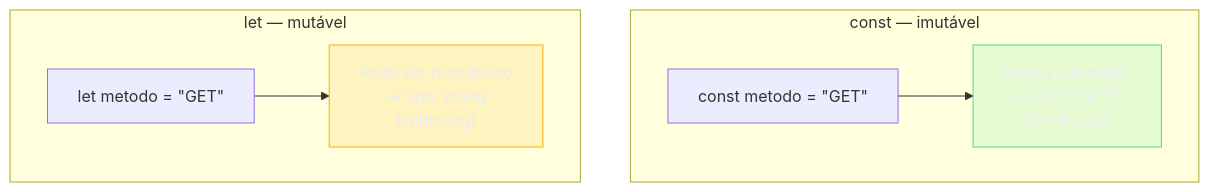
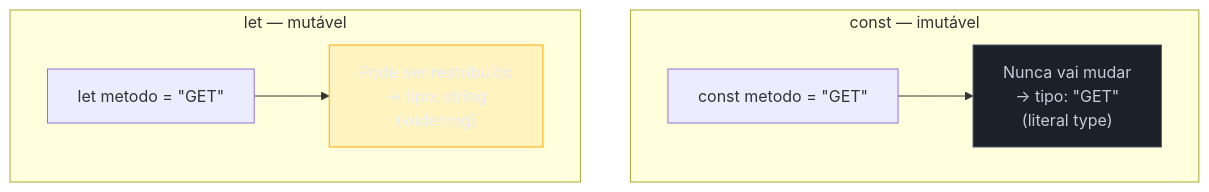
Before and after one commit to josenaldo/codex-technomanticus: the second of 4 diagrams in 03-Dominios/Tecnologia/TypeScript/02 - Tipos primitivos, literais e inferência.md, drawn with Mermaid. The commit also changed other lines of this file and 601 other files, not shown here.

````diff
--- a/03-Dominios/Tecnologia/TypeScript/02 - Tipos primitivos, literais e inferência.md
+++ b/03-Dominios/Tecnologia/TypeScript/02 - Tipos primitivos, literais e inferência.md
@@ -180,13 +180,13 @@
 ```mermaid
 flowchart TB
-    classDef ok fill:#4ADE8021,stroke:#4ADE80,color:#E9ECF2
+    classDef neutro fill:#1B2029,stroke:#4E5666,color:#C6CCD8
     classDef destaque fill:#FFAA0024,stroke:#FFAA00,color:#E9ECF2
     subgraph CONST["const — imutável"]
         C1["const metodo = &quot;GET&quot;"] --> C2["Nunca vai mudar\n→ tipo: &quot;GET&quot;\n(literal type)"]
     end
     subgraph LET["let — mutável"]
         L1["let metodo = &quot;GET&quot;"] --> L2["Pode ser reatribuído\n→ tipo: string\n(widening)"]
     end
-    class C2 ok
+    class C2 neutro
     class L2 destaque
 ```
````
